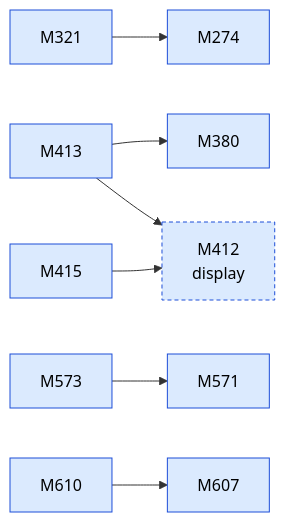
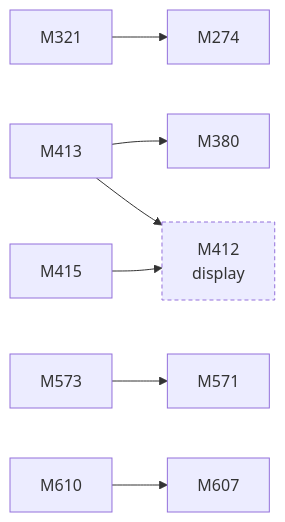
The diagram in docs/facts/graphs/games.md (D-Ogi/amdgpu-wddm), drawn with Mermaid before and after one commit. The commit also changed other lines of this file and 9 other files, not shown here.

First line of the commit message:
docs/facts: plain graph nodes, no status colouring

````diff
--- a/docs/facts/graphs/games.md
+++ b/docs/facts/graphs/games.md
@@ -13,25 +13,21 @@
 ```mermaid
 flowchart LR
-  M274["M274"]:::MEASURED
-  M321["M321"]:::MEASURED
-  M380["M380"]:::MEASURED
-  M412["M412<br/>display"]:::MEASURED
-  M413["M413"]:::MEASURED
-  M415["M415"]:::MEASURED
-  M571["M571"]:::MEASURED
-  M573["M573"]:::MEASURED
-  M607["M607"]:::MEASURED
-  M610["M610"]:::MEASURED
+  M274["M274"]
+  M321["M321"]
+  M380["M380"]
+  M412["M412<br/>display"]
+  M413["M413"]
+  M415["M415"]
+  M571["M571"]
+  M573["M573"]
+  M607["M607"]
+  M610["M610"]
   M321 --> M274
   M413 --> M380
   M413 --> M412
   M415 --> M412
   M573 --> M571
   M610 --> M607
-  classDef HYPOTHESIS fill:#fff3c4,stroke:#9a7b00,color:#000
-  classDef MEASURED fill:#dbeafe,stroke:#1d4ed8,color:#000
-  classDef CONFIRMED fill:#d1fae5,stroke:#047857,color:#000
-  classDef REFUTED fill:#fee2e2,stroke:#b91c1c,color:#000
   classDef other stroke-dasharray:4 3
   class M412 other
 ```
````
